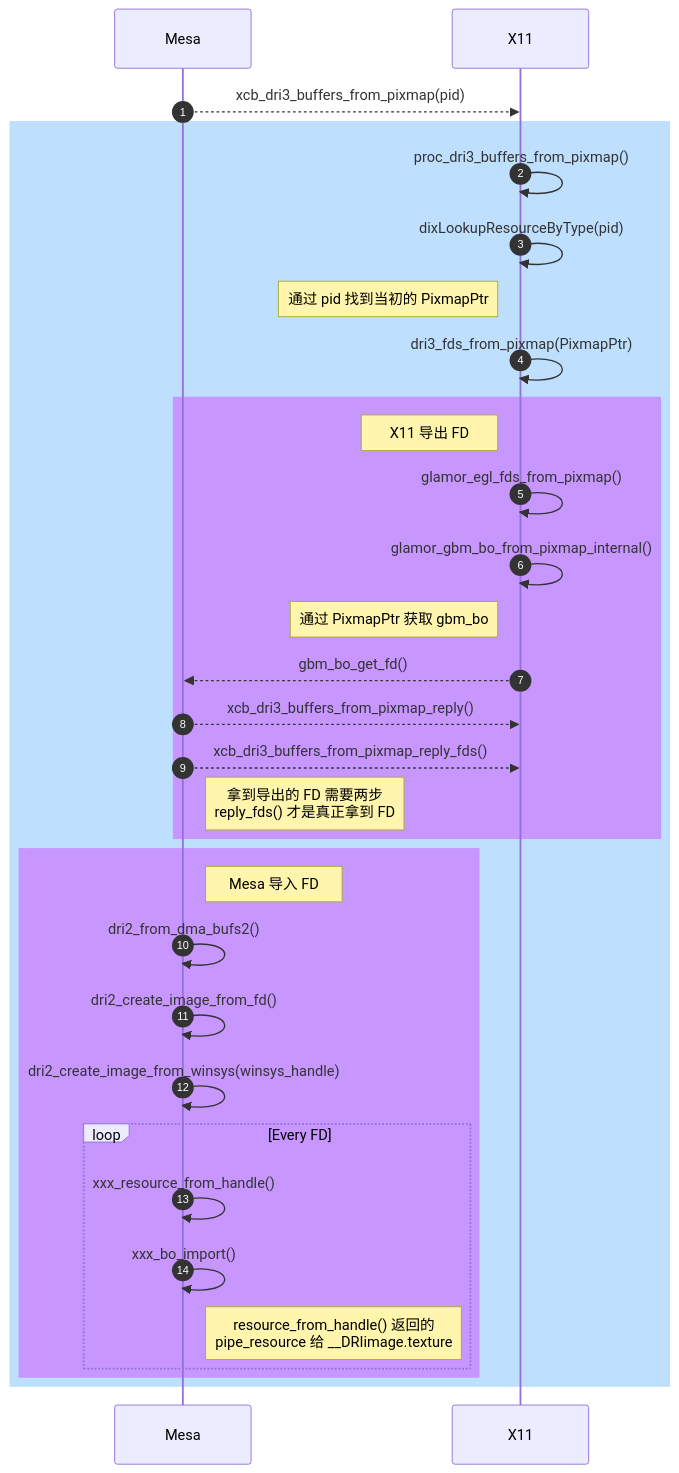
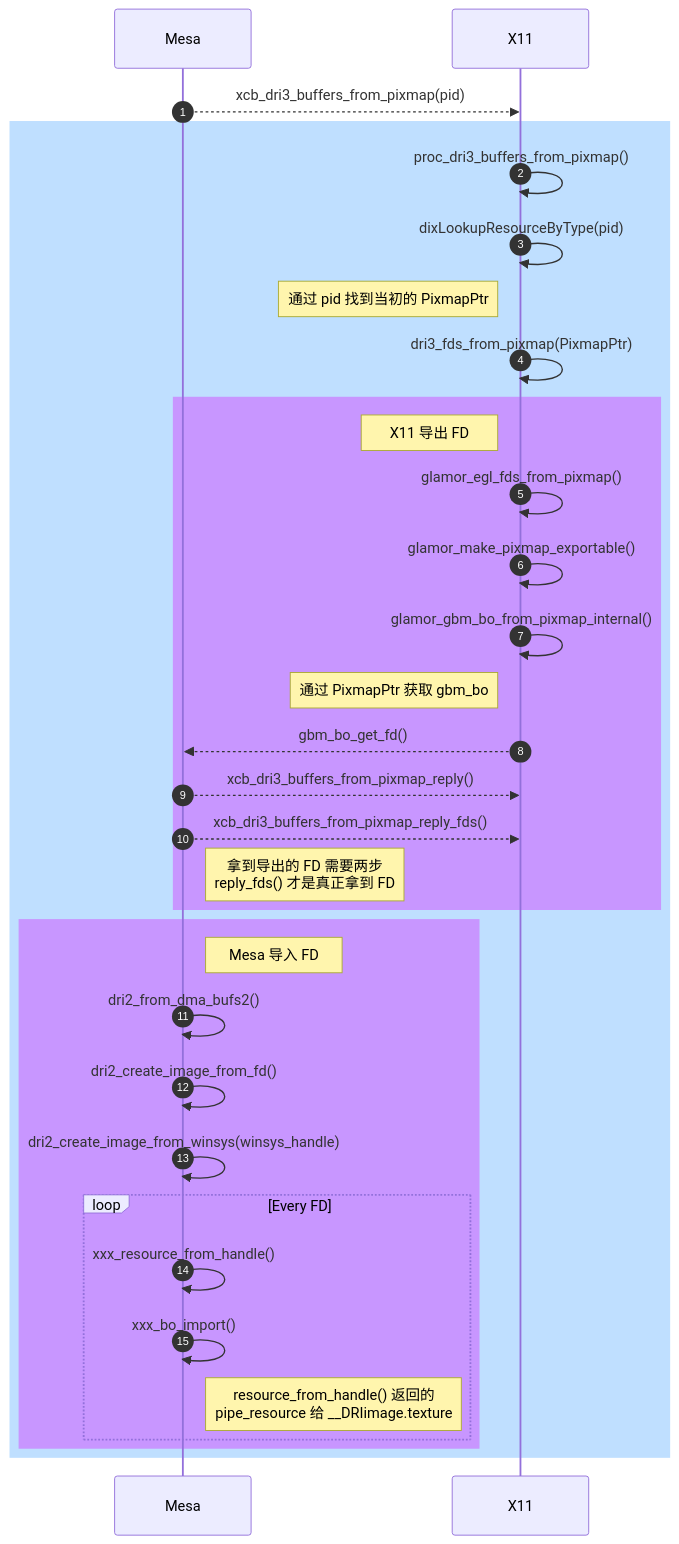
Before and after one commit to lucmann/lucmann.github.io: the second of 2 diagrams in source/_posts/gfx/xcb.md, drawn with Mermaid. The commit also changed other lines of this file, not shown here.

````diff
--- a/source/_posts/gfx/xcb.md
+++ b/source/_posts/gfx/xcb.md
@@ -52,35 +52,36 @@
 ```mermaid
 sequenceDiagram
     autonumber
     participant Mesa
     participant X11
 
     Mesa-->>X11: xcb_dri3_buffers_from_pixmap(pid)
     rect rgb(191, 223, 255)
     X11->>X11: proc_dri3_buffers_from_pixmap()
     X11->>X11: dixLookupResourceByType(pid)
     note left of X11: 通过 pid 找到当初的 PixmapPtr
     X11->>X11: dri3_fds_from_pixmap(PixmapPtr)
     rect rgb(200, 150, 255)
     note left of X11: X11 导出 FD
     X11->>X11: glamor_egl_fds_from_pixmap()
+    X11->>X11: glamor_make_pixmap_exportable()
     X11->>X11: glamor_gbm_bo_from_pixmap_internal()
     note left of X11: 通过 PixmapPtr 获取 gbm_bo
     X11-->>Mesa: gbm_bo_get_fd()
     Mesa-->>X11: xcb_dri3_buffers_from_pixmap_reply()
     Mesa-->>X11: xcb_dri3_buffers_from_pixmap_reply_fds()
     note right of Mesa: 拿到导出的 FD 需要两步<br/> reply_fds() 才是真正拿到 FD
     end
     rect rgb(200, 150, 255)
     note right of Mesa: Mesa 导入 FD
     Mesa->>Mesa: dri2_from_dma_bufs2()
     Mesa->>Mesa: dri2_create_image_from_fd()
     Mesa->>Mesa: dri2_create_image_from_winsys(winsys_handle)
     loop Every FD
         Mesa->>Mesa: xxx_resource_from_handle()
         Mesa->>Mesa: xxx_bo_import()
         note right of Mesa: resource_from_handle() 返回的<br/>pipe_resource 给 __DRIimage.texture
     end
     end
     end
 ```
````
